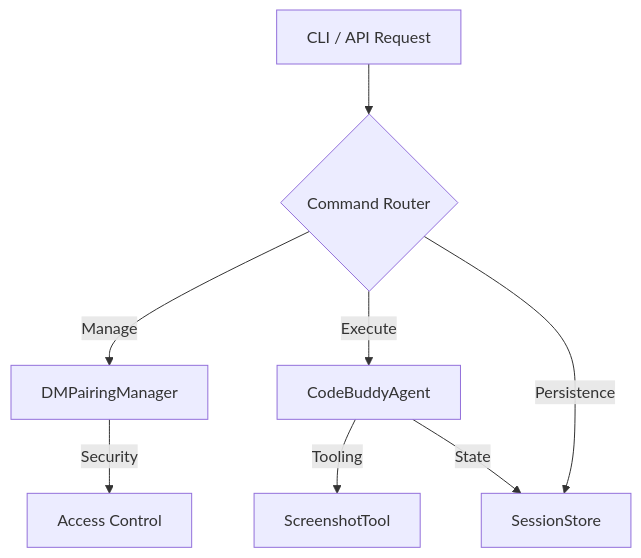
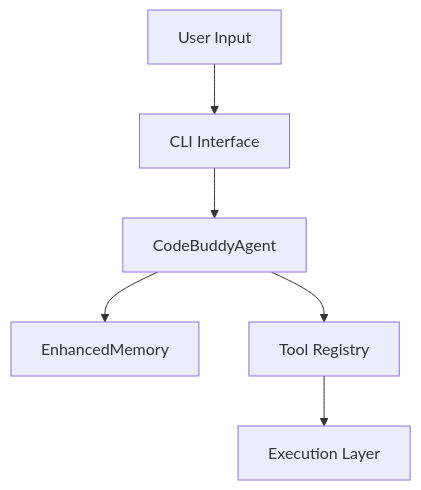
One commit to Zeeeepa/code-buddy changed the diagram in .codebuddy/docs/9-api-reference.md. Above: the diagram before and after it, drawn with Mermaid. The commit also changed other lines of this file and 29 other files, not shown here.

````diff
--- a/.codebuddy/docs/9-api-reference.md
+++ b/.codebuddy/docs/9-api-reference.md
@@ -46,10 +9,8 @@
 ```mermaid
 graph TD
-    A[CLI / API Request] --> B{Command Router}
-    B -->|Manage| C[DMPairingManager]
-    B -->|Execute| D[CodeBuddyAgent]
-    B -->|Persistence| E[SessionStore]
-    D -->|Tooling| F[ScreenshotTool]
-    D -->|State| E
-    C -->|Security| G[Access Control]
+    User[User Input] --> CLI[CLI Interface]
+    CLI --> Agent[CodeBuddyAgent]
+    Agent --> Memory[EnhancedMemory]
+    Agent --> Tools[Tool Registry]
+    Tools --> Execution[Execution Layer]
 ```
````
